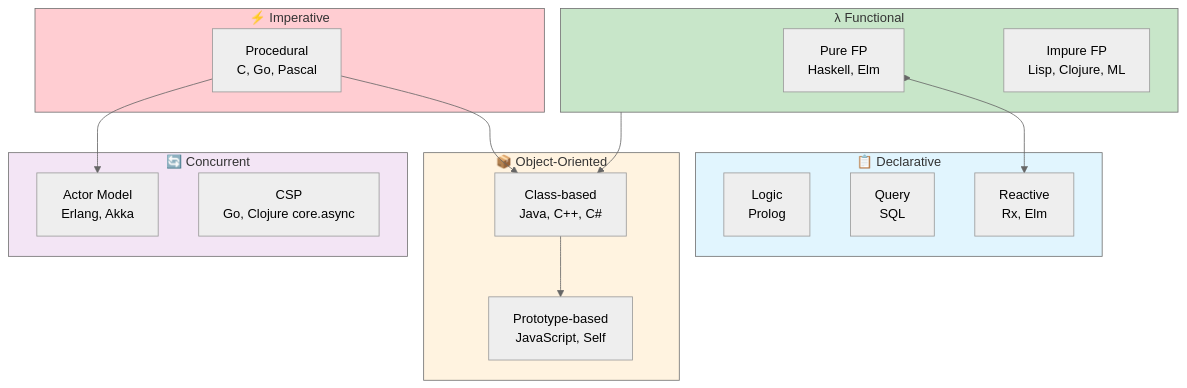
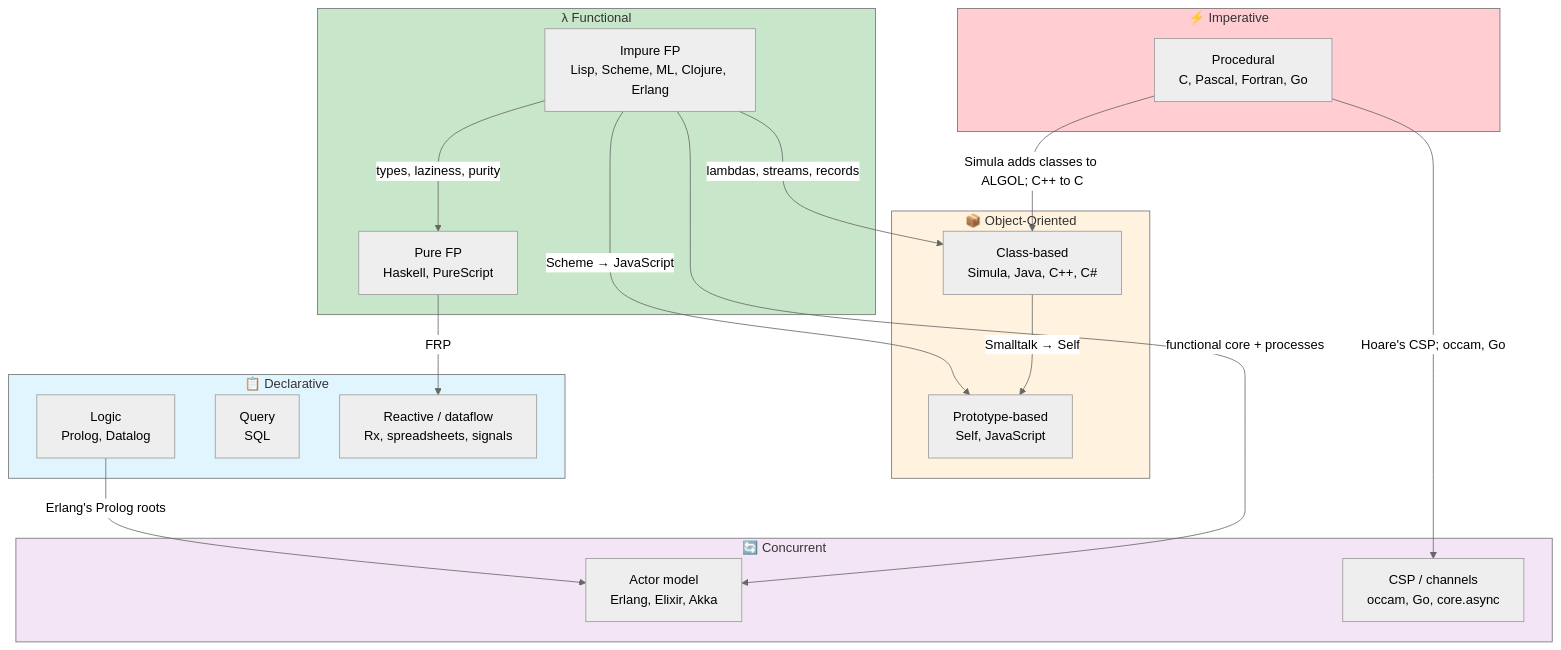
The first of 8 diagrams in docs/maps/paradigms-map.md (akardapolov/software-atlas), drawn with Mermaid (neutral theme) before and after one commit. The commit also changed other lines of this file, not shown here.

````diff
--- a/docs/maps/paradigms-map.md
+++ b/docs/maps/paradigms-map.md
@@ -7,41 +50,43 @@
 ```mermaid
 flowchart TD
     subgraph Imperative["⚡ Imperative"]
-        Procedural["Procedural<br/>C, Go, Pascal"]
+        Procedural["Procedural<br/>C, Pascal, Fortran, Go"]
     end
 
     subgraph OOP["📦 Object-Oriented"]
-        ClassBased["Class-based<br/>Java, C++, C#"]
-        ProtoBased["Prototype-based<br/>JavaScript, Self"]
+        ClassBased["Class-based<br/>Simula, Java, C++, C#"]
+        ProtoBased["Prototype-based<br/>Self, JavaScript"]
     end
 
     subgraph Functional["λ Functional"]
-        PureFP["Pure FP<br/>Haskell, Elm"]
-        ImpureFP["Impure FP<br/>Lisp, Clojure, ML"]
+        ImpureFP["Impure FP<br/>Lisp, Scheme, ML, Clojure, Erlang"]
+        PureFP["Pure FP<br/>Haskell, PureScript"]
     end
 
     subgraph Declarative["📋 Declarative"]
-        Logic["Logic<br/>Prolog"]
+        Logic["Logic<br/>Prolog, Datalog"]
         Query["Query<br/>SQL"]
-        Reactive["Reactive<br/>Rx, Elm"]
+        Reactive["Reactive / dataflow<br/>Rx, spreadsheets, signals"]
     end
 
     subgraph Concurrent["🔄 Concurrent"]
-        Actor["Actor Model<br/>Erlang, Akka"]
-        CSP["CSP<br/>Go, Clojure core.async"]
+        Actor["Actor model<br/>Erlang, Elixir, Akka"]
+        CSP["CSP / channels<br/>occam, Go, core.async"]
     end
 
-    %% Evolution arrows
-    Procedural --> ClassBased
-    Functional --> ClassBased
-    Procedural --> Actor
-    Functional --> PureFP
-    ClassBased --> ProtoBased
-    PureFP --> Reactive
+    Procedural -->|"Simula adds classes to ALGOL; C++ to C"| ClassBased
+    ClassBased -->|"Smalltalk → Self"| ProtoBased
+    ImpureFP -->|"Scheme → JavaScript"| ProtoBased
+    ImpureFP -->|"lambdas, streams, records"| ClassBased
+    ImpureFP -->|"types, laziness, purity"| PureFP
+    PureFP -->|"FRP"| Reactive
+    ImpureFP -->|"functional core + processes"| Actor
+    Logic -->|"Erlang's Prolog roots"| Actor
+    Procedural -->|"Hoare's CSP; occam, Go"| CSP
 
     style Imperative fill:#ffcdd2
     style OOP fill:#fff3e0
     style Functional fill:#c8e6c9
     style Declarative fill:#e1f5fe
     style Concurrent fill:#f3e5f5
 ```
````
